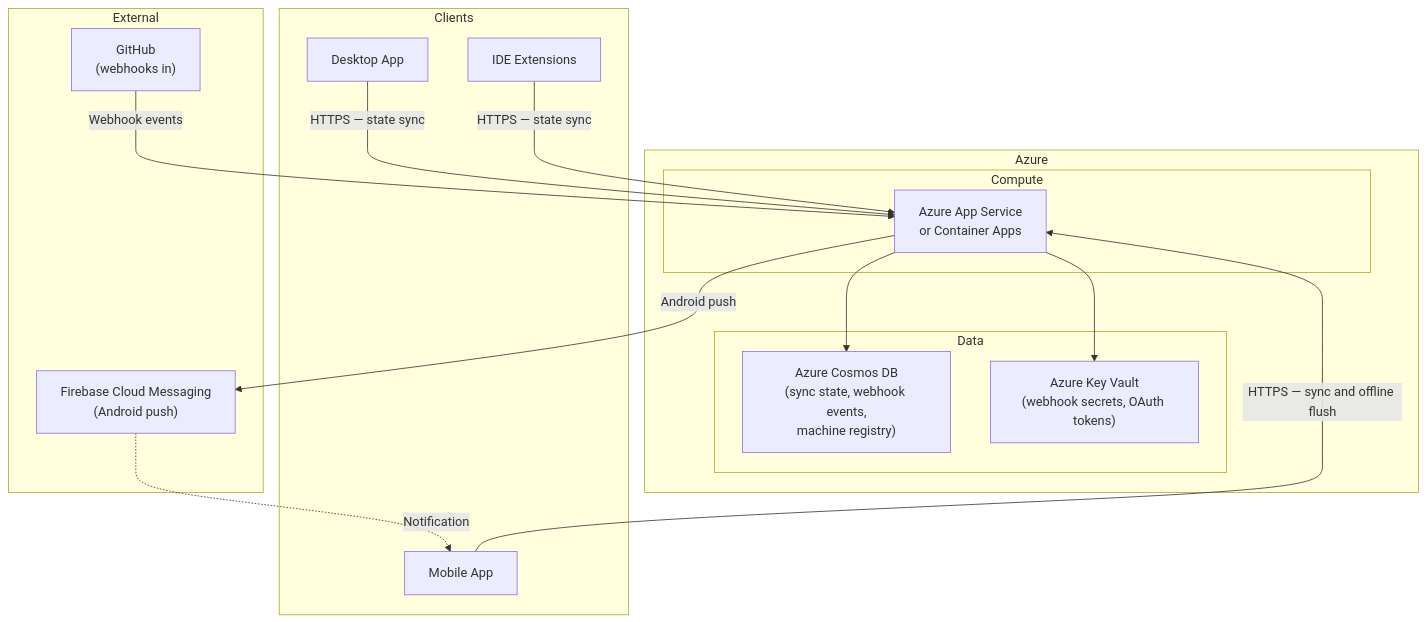
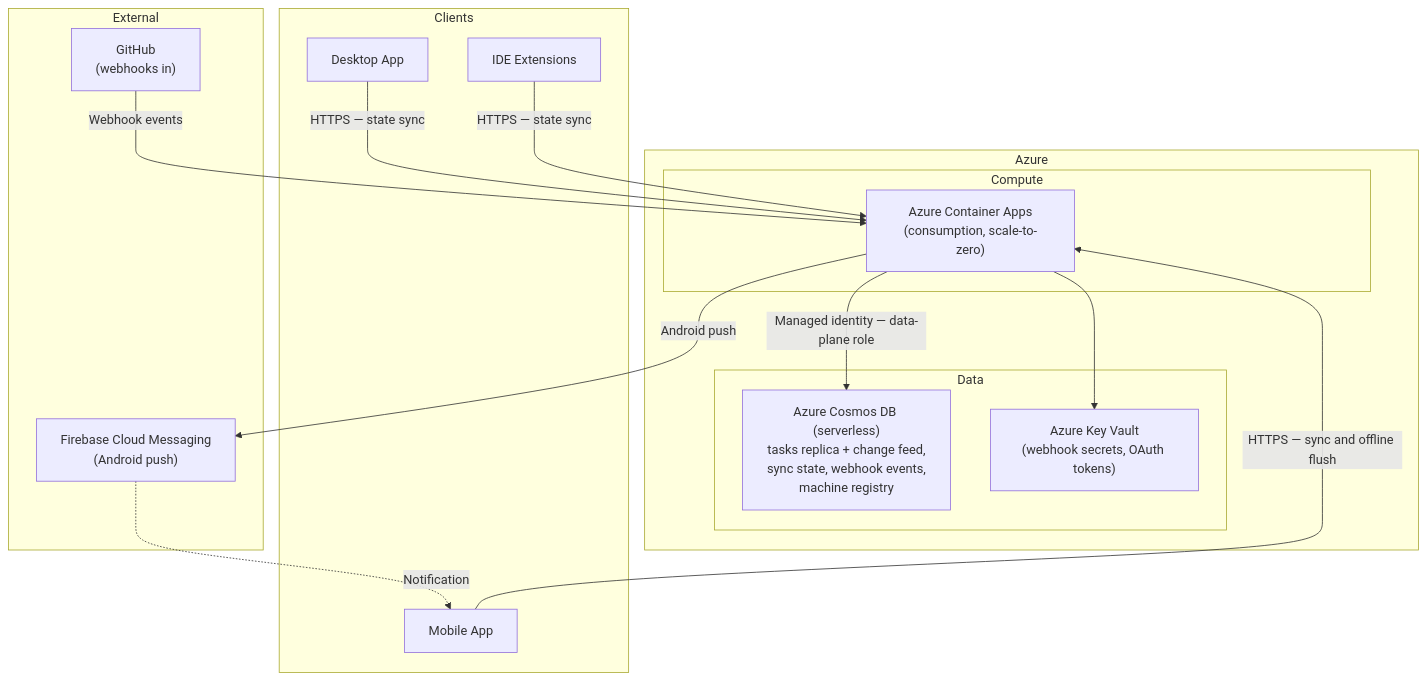
Before and after one commit to JSdotNet/Backlog: the third of 4 diagrams in .arc42/07-deployment-view.md, drawn with Mermaid. The commit also changed other lines of this file and 17 other files, not shown here.

````diff
--- a/.arc42/07-deployment-view.md
+++ b/.arc42/07-deployment-view.md
@@ -158,39 +158,39 @@
 ```mermaid
 flowchart TB
     subgraph "Azure"
         subgraph "Compute"
-            AppService["Azure App Service\nor Container Apps"]
+            AppService["Azure Container Apps\n(consumption, scale-to-zero)"]
         end
         subgraph "Data"
-            CosmosDB["Azure Cosmos DB\n(sync state, webhook events,\nmachine registry)"]
+            CosmosDB["Azure Cosmos DB (serverless)\ntasks replica + change feed,\nsync state, webhook events,\nmachine registry"]
             KeyVault["Azure Key Vault\n(webhook secrets, OAuth tokens)"]
         end
     end
 
     subgraph "External"
         GitHub["GitHub\n(webhooks in)"]
         FCM["Firebase Cloud Messaging\n(Android push)"]
 
     end
 
     subgraph "Clients"
         Desktop["Desktop App"]
         Mobile["Mobile App"]
         IDE["IDE Extensions"]
     end
 
     Desktop -->|"HTTPS — state sync"| AppService
     Mobile -->|"HTTPS — sync and offline flush"| AppService
     IDE -->|"HTTPS — state sync"| AppService
 
-    AppService --> CosmosDB
+    AppService -->|"Managed identity — data-plane role"| CosmosDB
     AppService --> KeyVault
 
     GitHub -->|"Webhook events"| AppService
 
     AppService -->|"Android push"| FCM
 
 
     FCM -.->|Notification| Mobile
 
 ```
````
